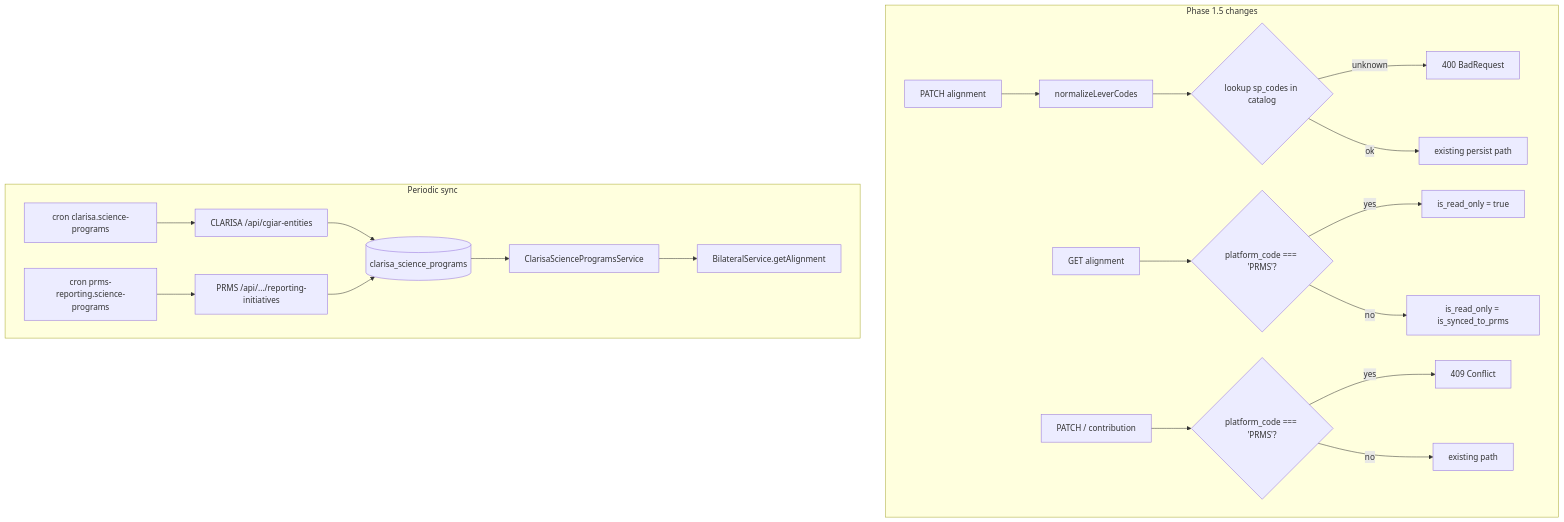
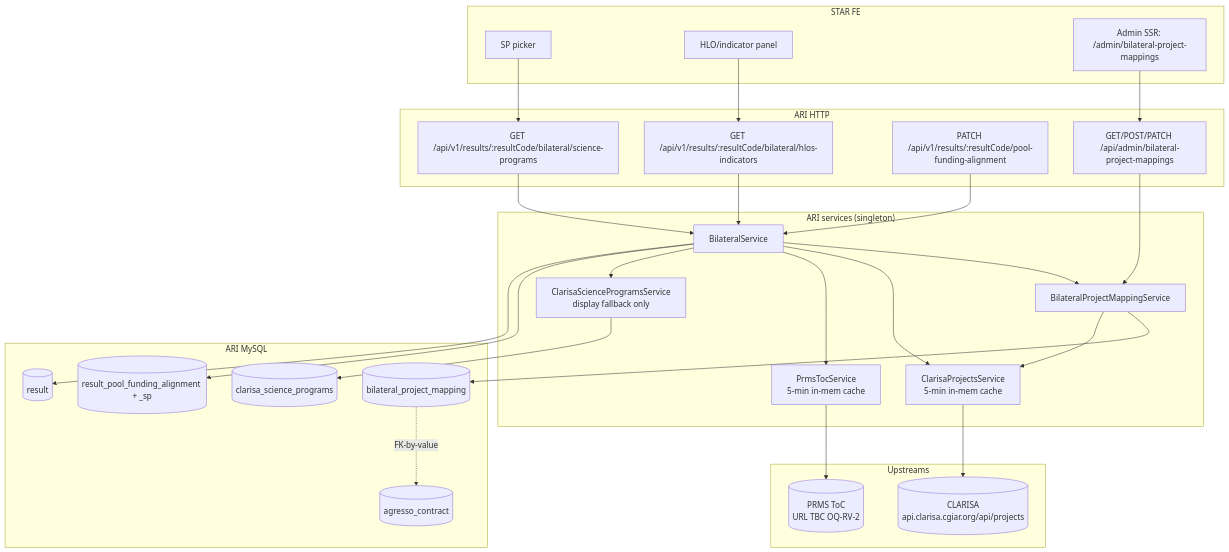
Before and after one commit to AllianceBioversityCIAT/alliance-research-indicators-main: the diagram in docs/specs/bilateral-module/pending-items/design.md, drawn with Mermaid. The commit also changed other lines of this file and 2 other files, not shown here.

First line of the commit message:
📝 docs(bilateral-module): regenerate pending-items spec trio from v2 proposal

````diff
--- a/docs/specs/bilateral-module/pending-items/design.md
+++ b/docs/specs/bilateral-module/pending-items/design.md
@@ -35,23 +46,56 @@
 ```mermaid
 graph TD
-  subgraph "Phase 1.5 changes"
-    A[PATCH alignment] --> A1[normalizeLeverCodes]
-    A1 --> A2{lookup sp_codes in catalog}
-    A2 -- unknown --> A3[400 BadRequest]
-    A2 -- ok --> A4[existing persist path]
-    G[GET alignment] --> G1{platform_code === 'PRMS'?}
-    G1 -- yes --> G2[is_read_only = true]
-    G1 -- no --> G3[is_read_only = is_synced_to_prms]
-    P[PATCH / contribution] --> P1{platform_code === 'PRMS'?}
-    P1 -- yes --> P2[409 Conflict]
-    P1 -- no --> P3[existing path]
+  subgraph "STAR FE"
+    FE_PICKER[SP picker]
+    FE_HLO[HLO/indicator panel]
+    FE_ADMIN[Admin SSR: /admin/bilateral-project-mappings]
   end
-  subgraph "Periodic sync"
-    C[cron clarisa.science-programs] --> CL[CLARISA /api/cgiar-entities]
-    CL --> CCAT[(clarisa_science_programs)]
-    PR[cron prms-reporting.science-programs] --> PRMS[PRMS /api/.../reporting-initiatives]
-    PRMS --> CCAT
-    CCAT --> SVC[ClarisaScienceProgramsService]
-    SVC --> BS[BilateralService.getAlignment]
+
+  subgraph "ARI HTTP"
+    EP_SP["GET /api/v1/results/:resultCode/bilateral/science-programs"]
+    EP_HLO["GET /api/v1/results/:resultCode/bilateral/hlos-indicators"]
+    EP_PATCH["PATCH /api/v1/results/:resultCode/pool-funding-alignment"]
+    EP_ADMIN["GET/POST/PATCH /api/admin/bilateral-project-mappings"]
   end
+
+  subgraph "ARI services (singleton)"
+    SRV_BIL[BilateralService]
+    SRV_BPM[BilateralProjectMappingService]
+    SRV_CLA[ClarisaProjectsService<br/>5-min in-mem cache]
+    SRV_PRMS[PrmsTocService<br/>5-min in-mem cache]
+    SRV_SP[ClarisaScienceProgramsService<br/>display fallback only]
+  end
+
+  subgraph "ARI MySQL"
+    T_MAP[(bilateral_project_mapping)]
+    T_ALG[(result_pool_funding_alignment + _sp)]
+    T_CSP[(clarisa_science_programs)]
+    T_AGR[(agresso_contract)]
+    T_RES[(result)]
+  end
+
+  subgraph "Upstreams"
+    CLA[(CLARISA<br/>api.clarisa.cgiar.org/api/projects)]
+    PRMS[(PRMS ToC<br/>URL TBC OQ-RV-2)]
+  end
+
+  FE_PICKER --> EP_SP
+  FE_HLO --> EP_HLO
+  FE_ADMIN --> EP_ADMIN
+  EP_SP --> SRV_BIL
+  EP_HLO --> SRV_BIL
+  EP_PATCH --> SRV_BIL
+  EP_ADMIN --> SRV_BPM
+  SRV_BIL --> SRV_BPM
+  SRV_BIL --> SRV_CLA
+  SRV_BIL --> SRV_PRMS
+  SRV_BIL --> SRV_SP
+  SRV_BPM --> T_MAP
+  SRV_BPM --> SRV_CLA
+  SRV_CLA --> CLA
+  SRV_PRMS --> PRMS
+  SRV_SP --> T_CSP
+  SRV_BIL --> T_ALG
+  SRV_BIL --> T_RES
+  T_MAP -. FK-by-value .-> T_AGR
 ```
````
